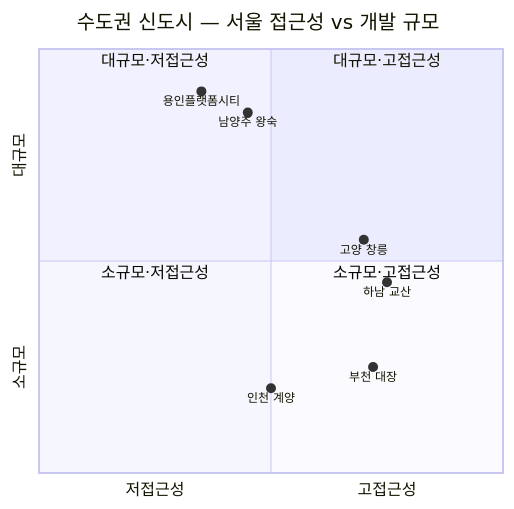
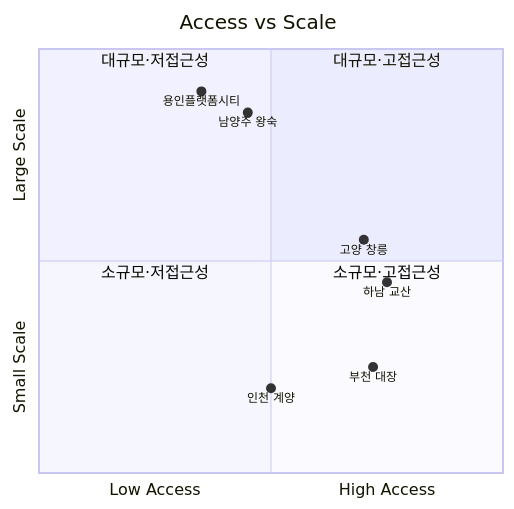
Before and after one commit to OkyoKwon/studyNresearch: the diagram in docs/domains/real-estate-investment/products/index.md, drawn with Mermaid. The commit also changed 9 other files, not shown here.

````diff
--- a/docs/domains/real-estate-investment/products/index.md
+++ b/docs/domains/real-estate-investment/products/index.md
@@ -32,16 +32,16 @@
 ```mermaid
 quadrantChart
-    title 수도권 신도시 — 서울 접근성 vs 개발 규모
-    x-axis 저접근성 --> 고접근성
-    y-axis 소규모 --> 대규모
+    title Access vs Scale
+    x-axis Low Access --> High Access
+    y-axis Small Scale --> Large Scale
     quadrant-1 대규모·고접근성
     quadrant-2 대규모·저접근성
     quadrant-3 소규모·저접근성
     quadrant-4 소규모·고접근성
     남양주 왕숙: [0.45, 0.85]
     하남 교산: [0.75, 0.45]
     인천 계양: [0.50, 0.20]
     고양 창릉: [0.70, 0.55]
     부천 대장: [0.72, 0.25]
     용인플랫폼시티: [0.35, 0.90]
 ```
````
